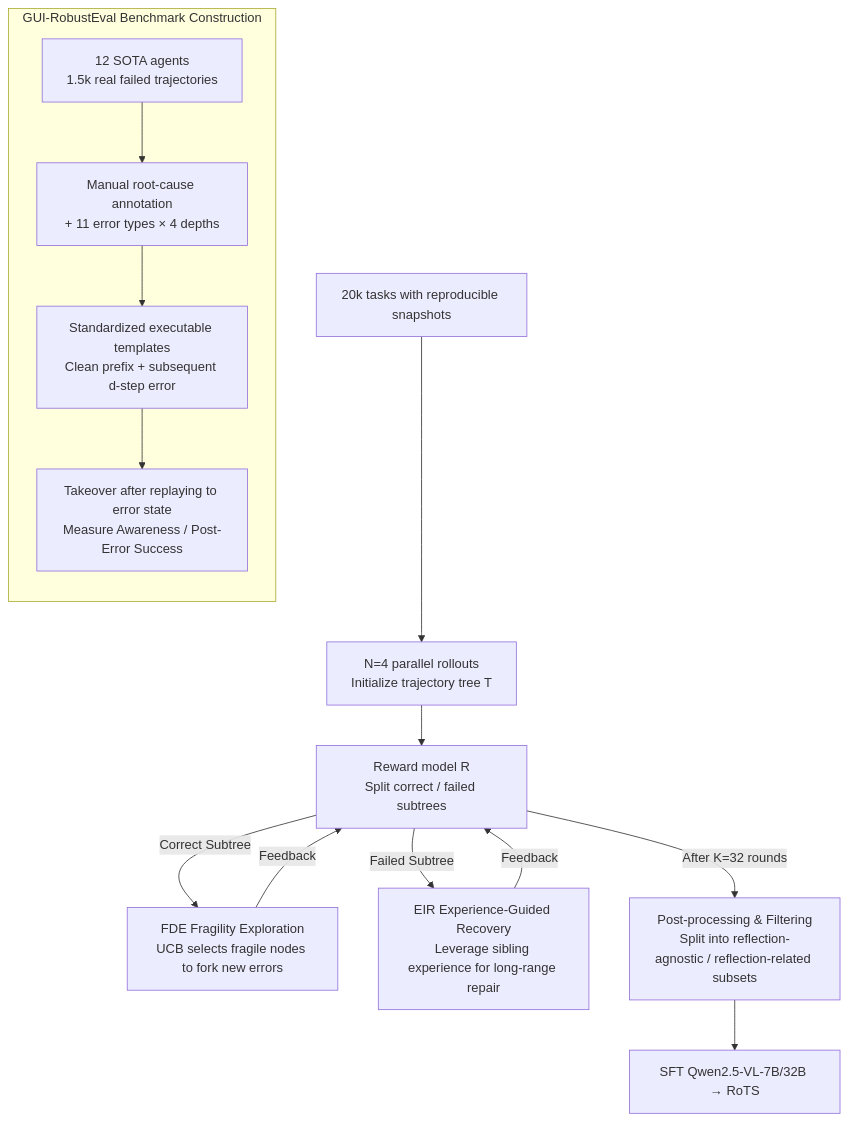
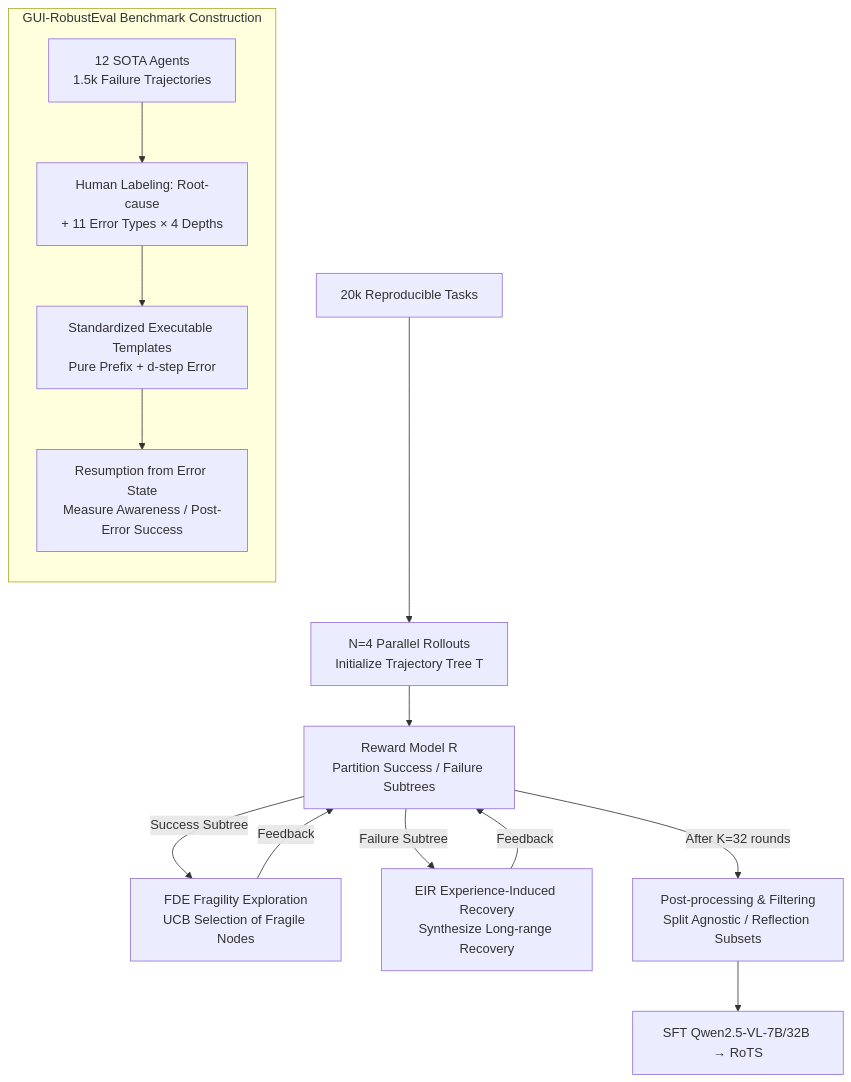
One commit to zhaoyang97/Paper-Notes-en changed the diagram in docs/ICML2026/llm_agent/recovering_policy-induced_errors_benchmarking_and_trajectory_synthesis_for_robus.md. Above: the diagram before and after it, drawn with Mermaid. The commit also changed other lines of this file and 5084 other files, not shown here.

````diff
--- a/docs/ICML2026/llm_agent/recovering_policy-induced_errors_benchmarking_and_trajectory_synthesis_for_robus.md
+++ b/docs/ICML2026/llm_agent/recovering_policy-induced_errors_benchmarking_and_trajectory_synthesis_for_robus.md
@@ -43,17 +43,17 @@
 ```mermaid
 graph TD
     subgraph EVAL["GUI-RobustEval Benchmark Construction"]
         direction TB
-        B1["12 SOTA agents<br/>1.5k real failed trajectories"] --> B2["Manual root-cause annotation<br/>+ 11 error types × 4 depths"]
-        B2 --> B3["Standardized executable templates<br/>Clean prefix + subsequent d-step error"]
-        B3 --> B4["Takeover after replaying to error state<br/>Measure Awareness / Post-Error Success"]
+        B1["12 SOTA Agents<br/>1.5k Failure Trajectories"] --> B2["Human Labeling: Root-cause<br/>+ 11 Error Types × 4 Depths"]
+        B2 --> B3["Standardized Executable Templates<br/>Pure Prefix + d-step Error"]
+        B3 --> B4["Resumption from Error State<br/>Measure Awareness / Post-Error Success"]
     end
-    T0["20k tasks with reproducible snapshots"] --> T1["N=4 parallel rollouts<br/>Initialize trajectory tree T"]
-    T1 --> RM["Reward model R<br/>Split correct / failed subtrees"]
-    RM -->|Correct Subtree| FDE["FDE Fragility Exploration<br/>UCB selects fragile nodes to fork new errors"]
-    RM -->|Failed Subtree| EIR["EIR Experience-Guided Recovery<br/>Leverage sibling experience for long-range repair"]
+    T0["20k Reproducible Tasks"] --> T1["N=4 Parallel Rollouts<br/>Initialize Trajectory Tree T"]
+    T1 --> RM["Reward Model R<br/>Partition Success / Failure Subtrees"]
+    RM -->|Success Subtree| FDE["FDE Fragility Exploration<br/>UCB Selection of Fragile Nodes"]
+    RM -->|Failure Subtree| EIR["EIR Experience-Induced Recovery<br/>Synthesize Long-range Recovery"]
     FDE -->|Feedback| RM
     EIR -->|Feedback| RM
-    RM -->|After K=32 rounds| POST["Post-processing & Filtering<br/>Split into reflection-agnostic / reflection-related subsets"]
+    RM -->|After K=32 rounds| POST["Post-processing & Filtering<br/>Split Agnostic / Reflection Subsets"]
     POST --> SFT["SFT Qwen2.5-VL-7B/32B → RoTS"]
 ```
````
